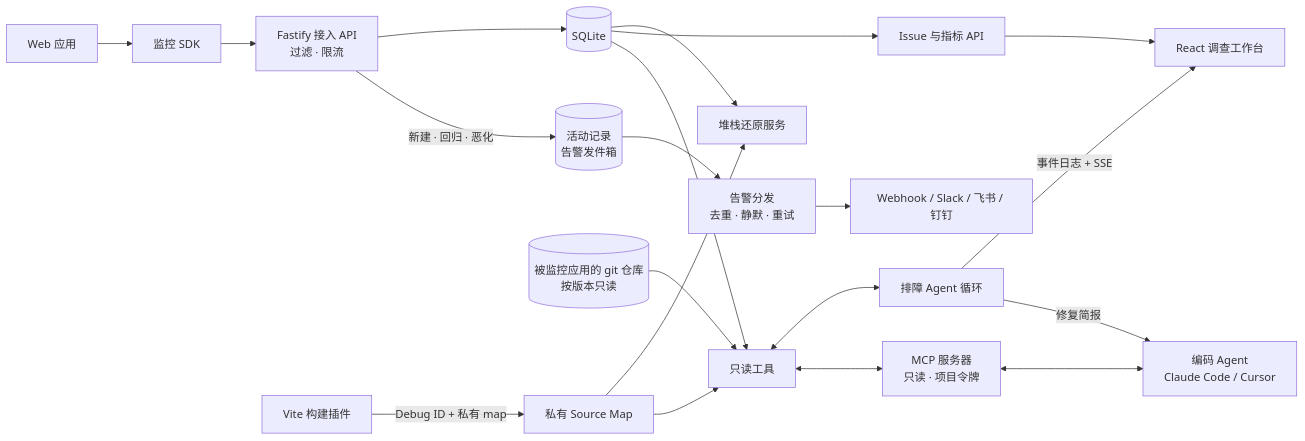
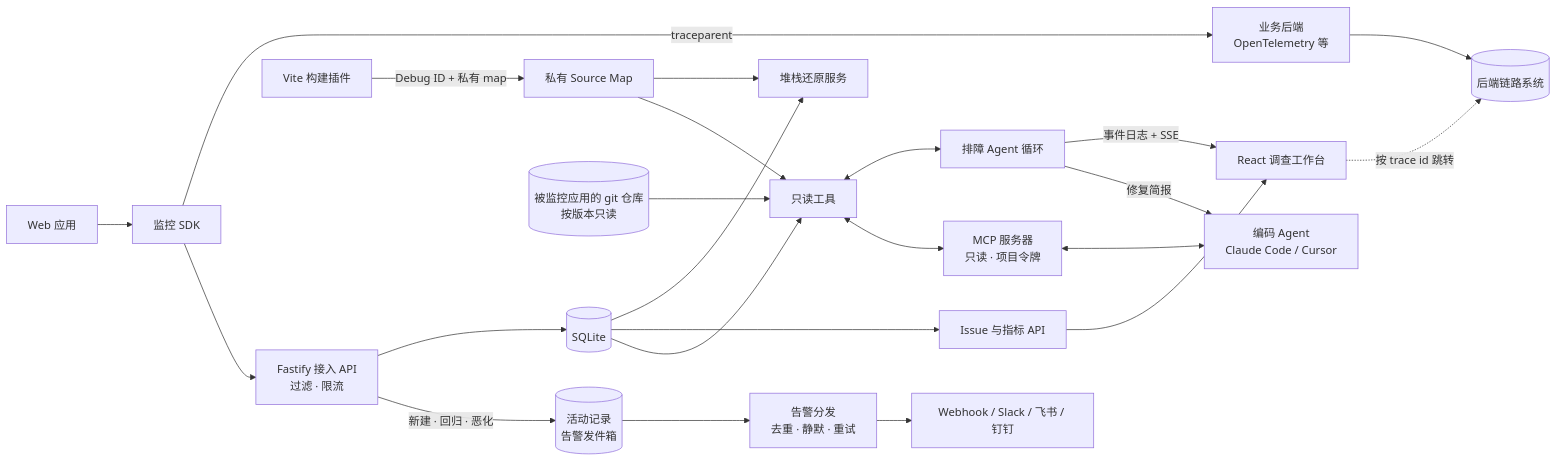
One commit to guiwzh/tracepilot changed the diagram in docs/architecture.md. Above: the diagram before and after it, drawn with Mermaid. The commit also changed other lines of this file and 42 other files, not shown here.

First line of the commit message:
feat: 前后端链路打通——SDK 按允许列表传播 W3C traceparent，事件带 trace id

````diff
--- a/docs/architecture.md
+++ b/docs/architecture.md
@@ -5,22 +5,25 @@
 ```mermaid
 flowchart LR
   Web[Web 应用] --> SDK[监控 SDK]
+  SDK -- traceparent --> Backend[业务后端<br/>OpenTelemetry 等]
+  Backend --> Tracing[(后端链路系统)]
   SDK --> Ingest[Fastify 接入 API<br/>过滤 · 限流]
   Ingest --> SQLite[(SQLite)]
   Build[Vite 构建插件] -- Debug ID + 私有 map --> Maps[私有 Source Map]
   Maps --> Symbolicator[堆栈还原服务]
   SQLite --> Symbolicator
   SQLite --> Query[Issue 与指标 API]
   Query --> Dashboard[React 调查工作台]
+  Dashboard -. 按 trace id 跳转 .-> Tracing
   SQLite --> Tools[只读工具]
   Repo[(被监控应用的 git 仓库<br/>按版本只读)] --> Tools
   Maps --> Tools
   Tools <--> Agent[排障 Agent 循环]
   Agent -- 事件日志 + SSE --> Dashboard
   Tools <--> MCP[MCP 服务器<br/>只读 · 项目令牌]
   MCP <--> Coder[编码 Agent<br/>Claude Code / Cursor]
   Agent -- 修复简报 --> Coder
   Ingest -- 新建 · 回归 · 恶化 --> Outbox[(活动记录<br/>告警发件箱)]
   Outbox --> Alerts[告警分发<br/>去重 · 静默 · 重试]
   Alerts --> Chat[Webhook / Slack / 飞书 / 钉钉]
 ```
````
